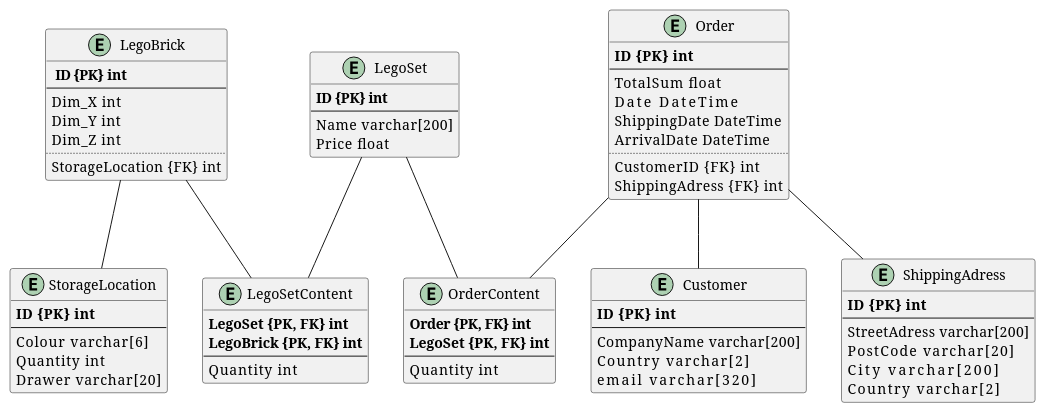
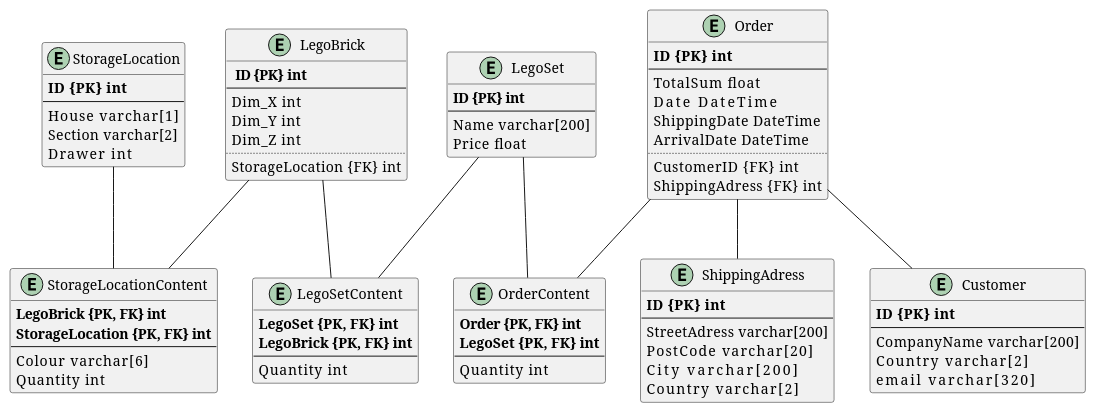
One commit to s02blom/LegoWebStore changed the diagram in figures/Schema.plantuml. Above: the diagram before and after it, drawn with PlantUML. The commit also changed 1 other file, not shown here.

Commit message:
Change Schema and ER diagram to have a many to one relasion between Storage and Lego Brick

```diff
--- a/figures/Schema.plantuml
+++ b/figures/Schema.plantuml
@@ -1,82 +1,92 @@
 @startuml Schema
 
 entity LegoBrick{
     ** ID {PK}** **int**
     --
     Dim_X   int
     Dim_Y   int
     Dim_Z   int
     ..
     StorageLocation {FK}    int
 }
 
 entity StorageLocation{
     **ID {PK}   int**
     --
-    Colour      varchar[6]
-    Quantity    int
-    Drawer      varchar[20]
+    House      varchar[1]
+    Section    varchar[2]
+    Drawer     int
 }
 
 entity LegoSet{
     **ID {PK} int**
     --
     Name    varchar[200]
     Price   float
 }
 
 entity Order{
     **ID {PK}   int**
     --
     TotalSum    float
     Date        DateTime
     ShippingDate    DateTime
     ArrivalDate     DateTime
     ..
     CustomerID  {FK}    int
     ShippingAdress {FK}     int
 }
 
 entity Customer{
     **ID {PK}   int**
     --
     CompanyName     varchar[200]
     Country         varchar[2]
     email           varchar[320]
 }
 
 
 entity LegoSetContent{
     **LegoSet  {PK, FK} int**
     **LegoBrick {PK, FK}  int**
     --
     Quantity    int 
 }
 
 entity ShippingAdress{
     **ID {PK}   int**
     --
     StreetAdress    varchar[200]
     PostCode        varchar[20]
     City            varchar[200]
     Country         varchar[2]
 }
 
 entity OrderContent{
     **Order {PK, FK} int**
     **LegoSet {PK, FK}  int**
     --
     Quantity    int
 }
 
-LegoBrick -- StorageLocation
+entity StorageLocationContent{
+    **LegoBrick {PK, FK} int**
+    **StorageLocation {PK, FK} int**
+    --
+    Colour      varchar[6]
+    Quantity    int
+}
+
+LegoBrick -- StorageLocationContent
 LegoBrick -- LegoSetContent
+
+StorageLocation -- StorageLocationContent
 
 LegoSet -- LegoSetContent
 LegoSet -- OrderContent
 
 Order -- OrderContent
 Order -- Customer
 Order -- ShippingAdress
 
 @enduml
```
